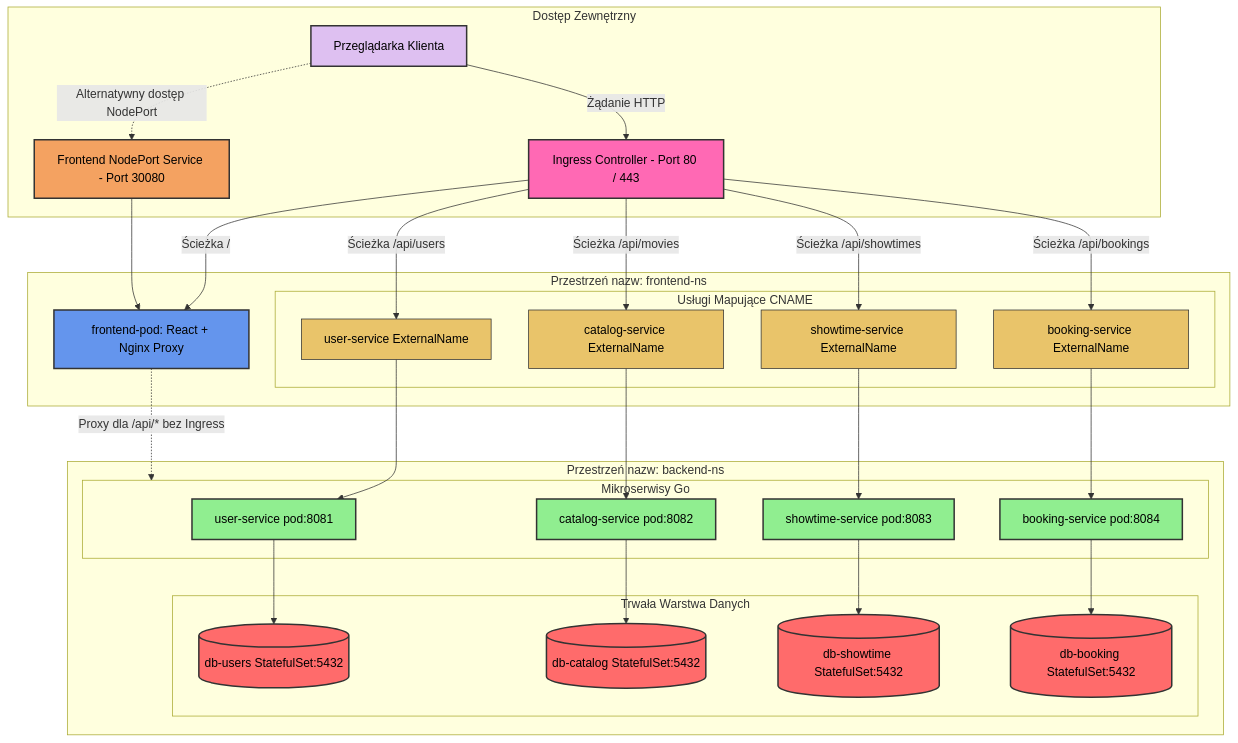
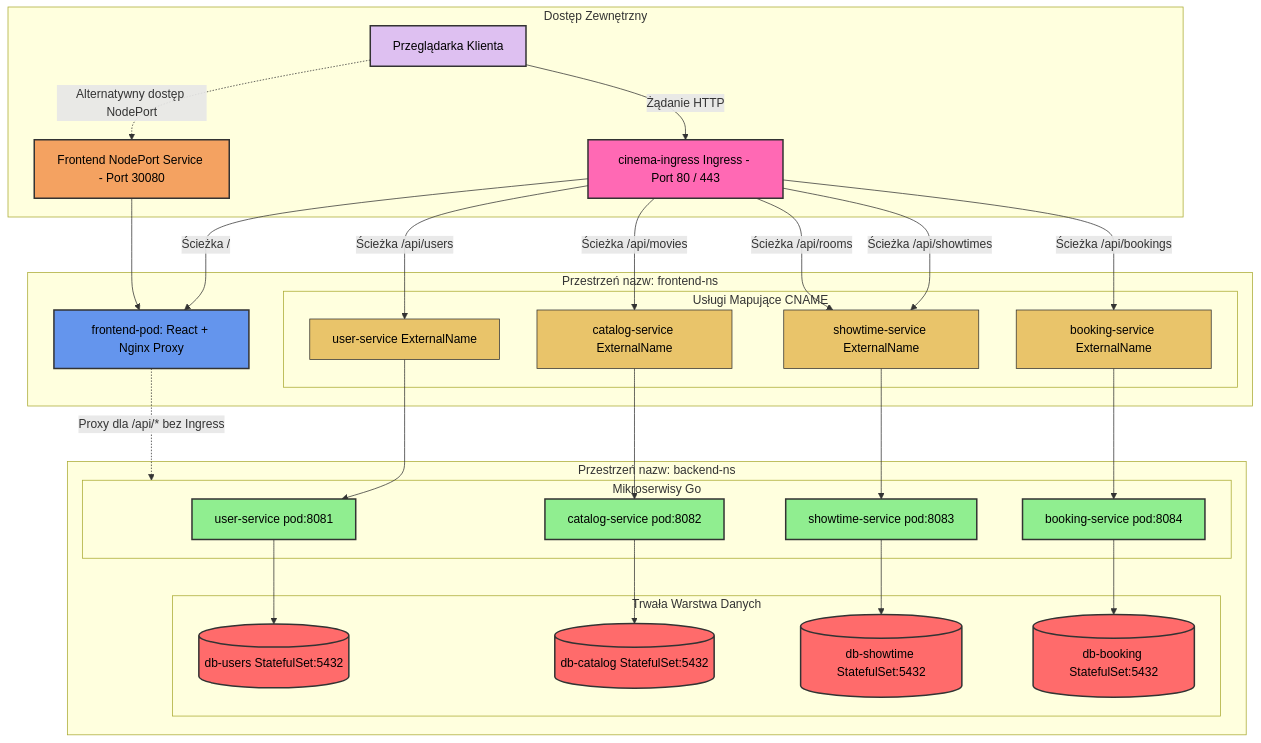
Before and after one commit to Xoxonin/cinema-system: the diagram in README.md, drawn with Mermaid. The commit also changed 10 other files, not shown here.

Commit message:
refactor: native API path prefixes in Go microservices, unify Ingress, and upgrade image tags to 1.0.4

```diff
--- a/README.md
+++ b/README.md
@@ -28,7 +28,7 @@
     %% Entry Points
     subgraph Klienci i Brzeg Klastra [Dostęp Zewnętrzny]
         Client[Przeglądarka Klienta]
-        Ingress[Ingress Controller - Port 80 / 443]
+        Ingress[cinema-ingress Ingress - Port 80 / 443]
         NodePort[Frontend NodePort Service - Port 30080]
     end
 
@@ -63,10 +63,12 @@
 
     %% Connections - Ingress Path
     Client -->|Żądanie HTTP| Ingress
+    
     Ingress -->|Ścieżka / | FrontendPod
     Ingress -->|Ścieżka /api/users | ExtUser
     Ingress -->|Ścieżka /api/movies | ExtCatalog
     Ingress -->|Ścieżka /api/showtimes | ExtShowtime
+    Ingress -->|Ścieżka /api/rooms | ExtShowtime
     Ingress -->|Ścieżka /api/bookings | ExtBooking
 
     %% Connections - NodePort Path
```
